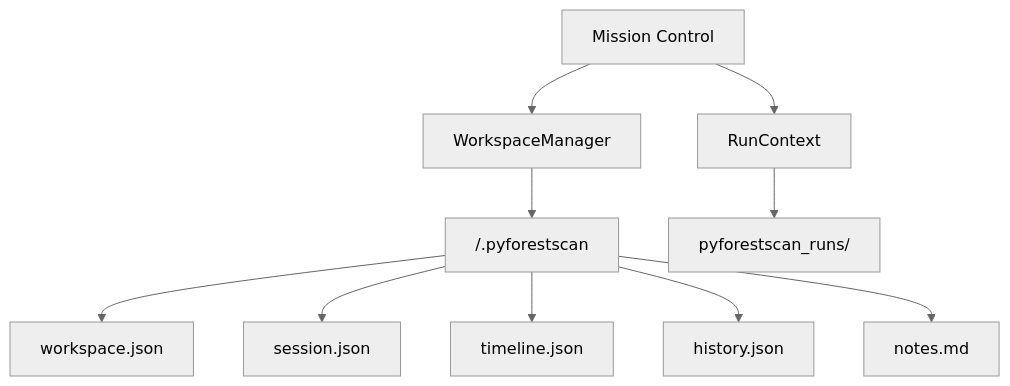
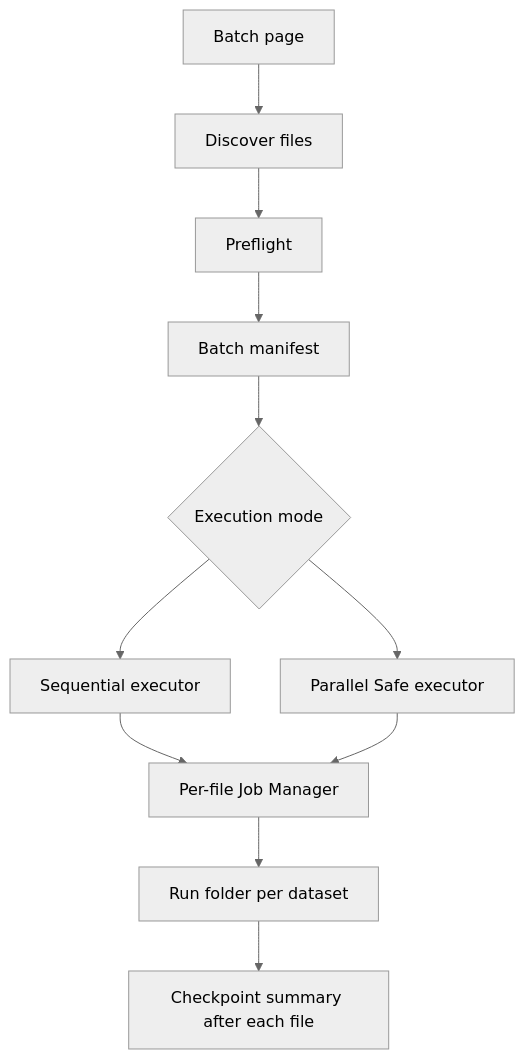
One commit to sticholas/pyforestscan-qgis changed the fourth of 4 diagrams in docs/ARCHITECTURE.md. Above: the diagram before and after it, drawn with Mermaid (neutral theme). The commit also changed other lines of this file and 41 other files, not shown here.

````diff
--- a/docs/ARCHITECTURE.md
+++ b/docs/ARCHITECTURE.md
@@ -184,12 +99,13 @@
 ```mermaid
 flowchart TD
-    A["Mission Control"] --> B["WorkspaceManager"]
-    B --> C["<output_folder>/.pyforestscan"]
-    C --> D["workspace.json"]
-    C --> E["session.json"]
-    C --> F["timeline.json"]
-    C --> G["history.json"]
-    C --> H["notes.md"]
-    A --> I["RunContext"]
-    I --> J["pyforestscan_runs/<run>"]
+    A["Batch page"] --> B["Discover files"]
+    B --> C["Preflight"]
+    C --> D["Batch manifest"]
+    D --> E{"Execution mode"}
+    E --> F["Sequential executor"]
+    E --> G["Parallel Safe executor"]
+    F --> H["Per-file Job Manager"]
+    G --> H
+    H --> I["Run folder per dataset"]
+    I --> J["Checkpoint summary after each file"]
 ```
````
